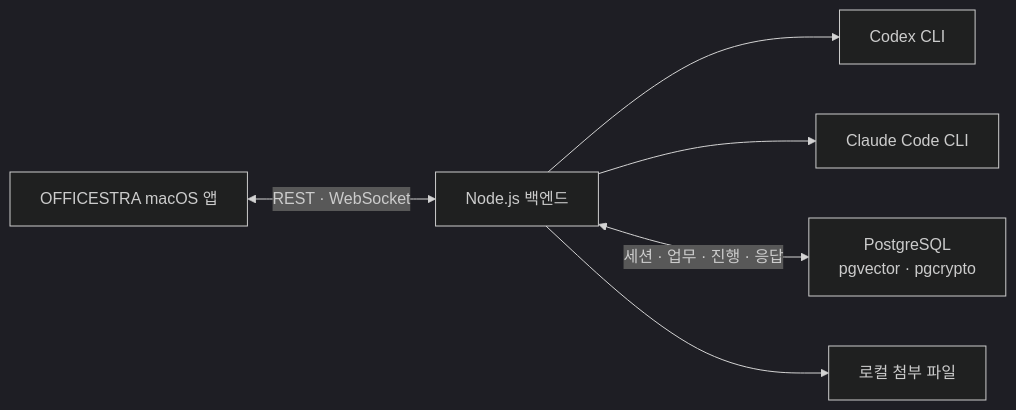
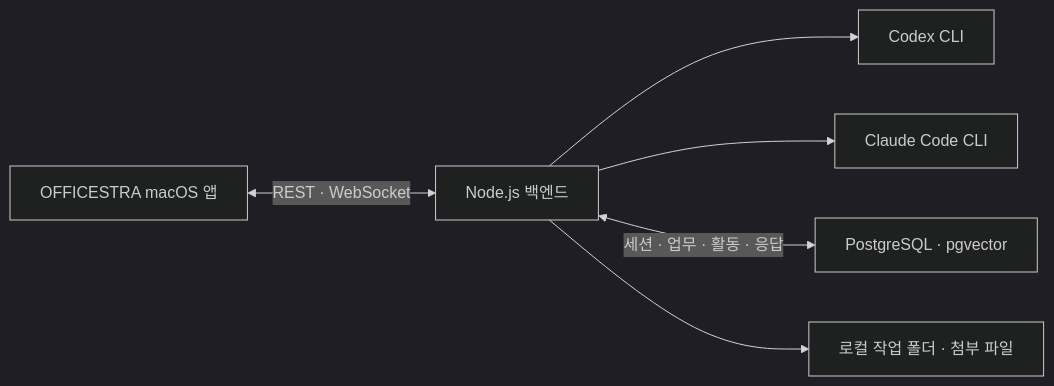
One commit to neosp8888-design/office changed the diagram in README.md. Above: the diagram before and after it, drawn with Mermaid (dark theme). The commit also changed other lines of this file and 3 other files, not shown here.

````diff
--- a/README.md
+++ b/README.md
@@ -71,8 +85,8 @@
 ```mermaid
 flowchart LR
-    A["OFFICESTRA macOS 앱"] <-->|"REST · WebSocket"| B["Node.js 백엔드"]
-    B --> C["Codex CLI"]
-    B --> D["Claude Code CLI"]
-    B <-->|"세션 · 업무 · 진행 · 응답"| E["PostgreSQL<br/>pgvector · pgcrypto"]
-    B --> F["로컬 첨부 파일"]
+    UI["OFFICESTRA macOS 앱"] <-->|"REST · WebSocket"| API["Node.js 백엔드"]
+    API --> CX["Codex CLI"]
+    API --> CL["Claude Code CLI"]
+    API <-->|"세션 · 업무 · 활동 · 응답"| DB["PostgreSQL · pgvector"]
+    API --> FS["로컬 작업 폴더 · 첨부 파일"]
 ```
````
